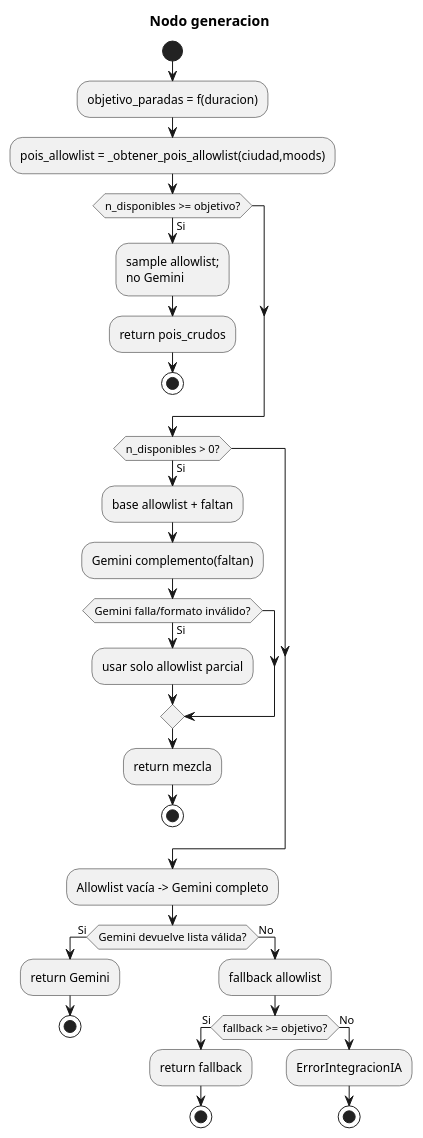
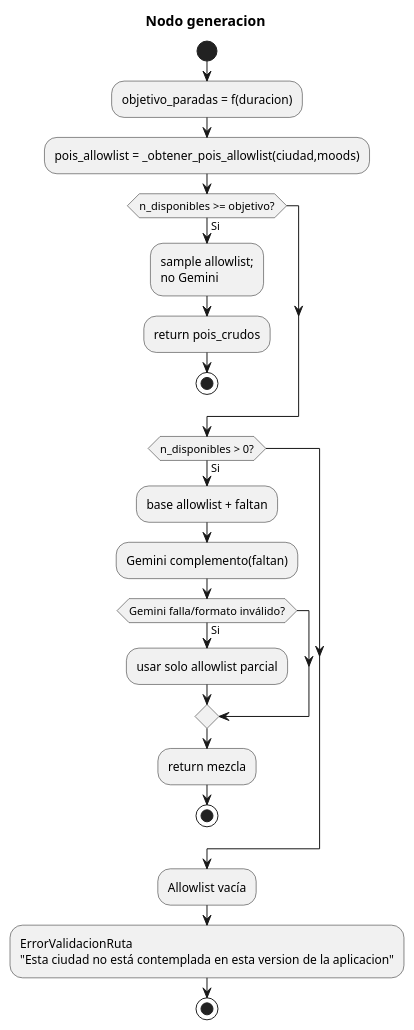
The third of 6 diagrams in documentacion/uml-generacion-rutas-ia.md (G4-AURA/Entrega-S1), drawn with PlantUML before and after one commit. The commit also changed other lines of this file and 7 other files, not shown here.

````diff
--- a/documentacion/uml-generacion-rutas-ia.md
+++ b/documentacion/uml-generacion-rutas-ia.md
@@ -133,41 +133,30 @@
 ```plantuml
 @startuml
 title Nodo generacion
 
 start
 :objetivo_paradas = f(duracion);
 :pois_allowlist = _obtener_pois_allowlist(ciudad,moods);
 
 if (n_disponibles >= objetivo?) then (Si)
   :sample allowlist;\nno Gemini;
   :return pois_crudos;
   stop
 endif
 
 if (n_disponibles > 0?) then (Si)
   :base allowlist + faltan;
   :Gemini complemento(faltan);
   if (Gemini falla/formato inválido?) then (Si)
     :usar solo allowlist parcial;
   endif
   :return mezcla;
   stop
 endif
 
-:Allowlist vacía -> Gemini completo;
-if (Gemini devuelve lista válida?) then (Si)
-  :return Gemini;
-  stop
-else (No)
-  :fallback allowlist;
-  if (fallback >= objetivo?) then (Si)
-    :return fallback;
-    stop
-  else (No)
-    :ErrorIntegracionIA;
-    stop
-  endif
-endif
+:Allowlist vacía;
+:ErrorValidacionRuta\n"Esta ciudad no está contemplada en esta version de la aplicacion";
+stop
 
 @enduml
 ```
````
